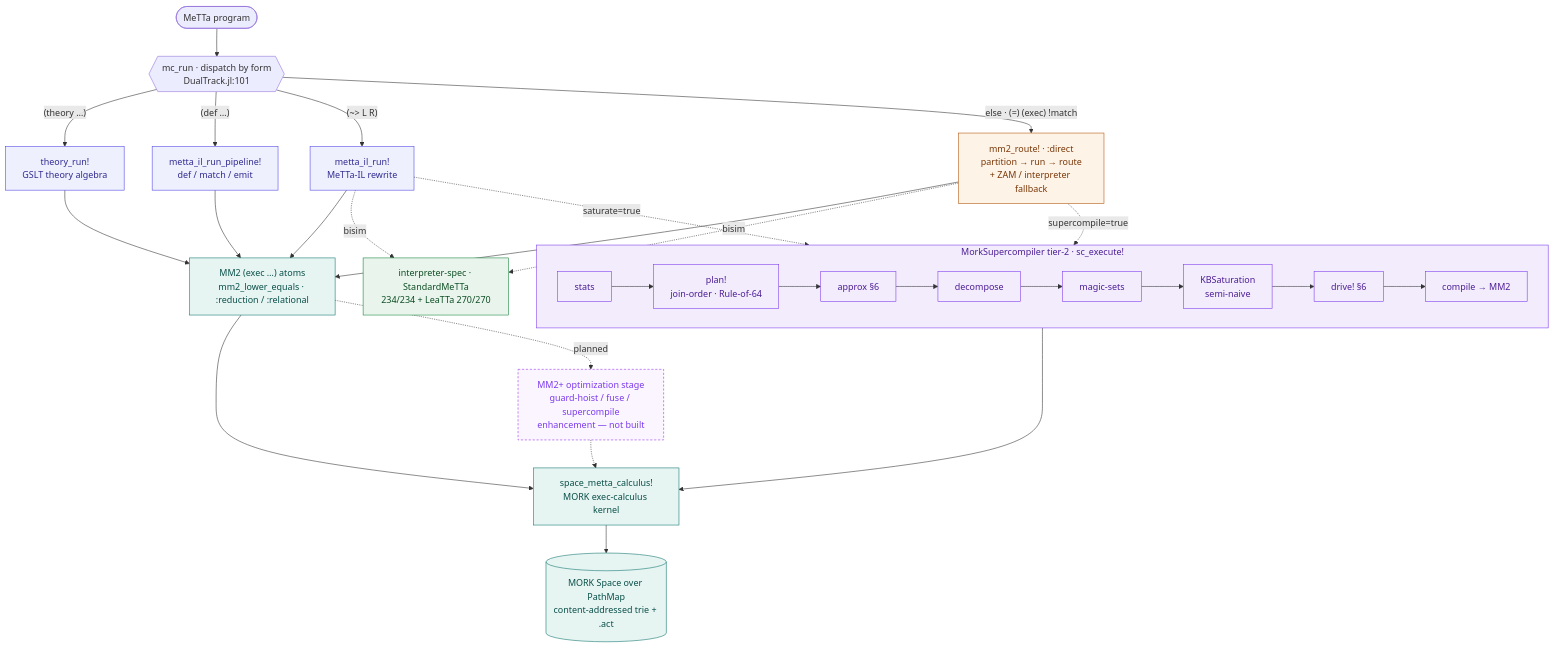
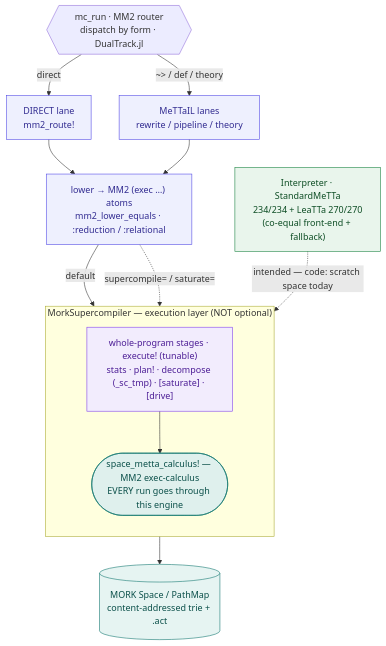
The second of 2 diagrams in docs/src/backends.md (CognitiveSubstratesAI/Core), drawn with Mermaid before and after one commit. The commit also changed other lines of this file, not shown here.

First paragraph of the commit message:
docs(backends): correct the mc_run diagram — one always-on engine, verified from code
Replaces the earlier lane-fan diagram (which leaned on stale comments) with the code-verified
execution stack. Key correction, traced through the function bodies not the docstrings:

````diff
--- a/docs/src/backends.md
+++ b/docs/src/backends.md
@@ -44,43 +45,34 @@
 ```mermaid
 flowchart TD
-    IN(["MeTTa program"]) --> MC{{"mc_run · dispatch by form<br/>DualTrack.jl:101"}}
-    MC -->|"(theory …)"| TH["theory_run!<br/>GSLT theory algebra"]
-    MC -->|"(def …)"| PI["metta_il_run_pipeline!<br/>def / match / emit"]
-    MC -->|"(~&gt; L R)"| RW["metta_il_run!<br/>MeTTa-IL rewrite"]
-    MC -->|"else · (=) (exec) !match"| DIR["mm2_route! · :direct<br/>partition → run → route<br/>+ ZAM / interpreter fallback"]
+    MC{{"mc_run · MM2 router<br/>dispatch by form · DualTrack.jl"}}
+    MC -->|"direct"| DIR["DIRECT lane<br/>mm2_route!"]
+    MC -->|"~&gt; / def / theory"| MIL["MeTTaIL lanes<br/>rewrite / pipeline / theory"]
+    ITP["Interpreter · StandardMeTTa<br/>234/234 + LeaTTa 270/270<br/>(co-equal front-end + fallback)"]
 
-    TH --> LOW
-    PI --> LOW
-    RW --> LOW
-    DIR --> LOW["MM2 (exec …) atoms<br/>mm2_lower_equals · :reduction / :relational"]
-    LOW --> CALC["space_metta_calculus!<br/>MORK exec-calculus kernel"]
-    CALC --> STORE[("MORK Space over PathMap<br/>content-addressed trie + .act")]
+    DIR --> LOW
+    MIL --> LOW["lower → MM2 (exec …) atoms<br/>mm2_lower_equals · :reduction / :relational"]
 
-    LOW -. planned .-> MM2P["MM2+ optimization stage<br/>guard-hoist / fuse / supercompile<br/>enhancement — not built"]
-    MM2P -.-> CALC
+    subgraph SC["MorkSupercompiler — execution layer (NOT optional)"]
+      direction TB
+      PRE["whole-program stages · execute! (tunable)<br/>stats · plan! · decompose (_sc_tmp) · [saturate] · [drive]"]
+      ENG(["space_metta_calculus! — MM2 exec-calculus<br/>EVERY run goes through this engine"])
+      PRE --> ENG
+    end
 
-    DIR -. "supercompile=true" .-> SC
-    RW -. "saturate=true" .-> SC
-    subgraph SC ["MorkSupercompiler tier-2 · sc_execute!"]
-      direction LR
-      S1["stats"] --> S2["plan!<br/>join-order · Rule-of-64"] --> S3["approx §6"] --> S4["decompose"] --> S5["magic-sets"] --> S6["KBSaturation<br/>semi-naive"] --> S7["drive! §6"] --> S8["compile → MM2"]
-    end
-    S8 --> CALC
+    LOW -->|"default"| ENG
+    LOW -. "supercompile= / saturate=" .-> PRE
+    ITP -. "intended — code: scratch space today" .-> ENG
 
-    ORC["interpreter-spec · StandardMeTTa<br/>234/234 + LeaTTa 270/270"]
-    DIR -. bisim .-> ORC
-    RW -. bisim .-> ORC
+    ENG --> STORE[("MORK Space / PathMap<br/>content-addressed trie + .act")]
 
-    classDef il fill:#eef0fe,stroke:#4f46e5,color:#312b90;
-    classDef sub fill:#e6f4f2,stroke:#0f766e,color:#0a4f49;
-    classDef sc fill:#f2ecfd,stroke:#7c3aed,color:#4c1d95;
-    classDef oracle fill:#e9f5ec,stroke:#15803d,color:#0d4d24;
-    classDef direct fill:#fdf3e7,stroke:#b45309,color:#7a3708;
-    classDef enh fill:#faf5ff,stroke:#9333ea,stroke-dasharray:4 3,color:#7c3aed;
-    class TH,PI,RW il;
-    class DIR direct;
-    class LOW,CALC,STORE sub;
-    class SC,S1,S2,S3,S4,S5,S6,S7,S8 sc;
-    class ORC oracle;
-    class MM2P enh;
+    classDef front fill:#eef0fe,stroke:#4f46e5,color:#312b90;
+    classDef eng fill:#dff0ed,stroke:#0f766e,color:#0a4f49;
+    classDef pre fill:#f2ecfd,stroke:#7c3aed,color:#4c1d95;
+    classDef itp fill:#e9f5ec,stroke:#15803d,color:#0d4d24;
+    classDef store fill:#e6f4f2,stroke:#0f766e,color:#0a4f49;
+    class DIR,MIL,LOW front;
+    class ENG eng;
+    class PRE pre;
+    class ITP itp;
+    class STORE store;
 ```
````
